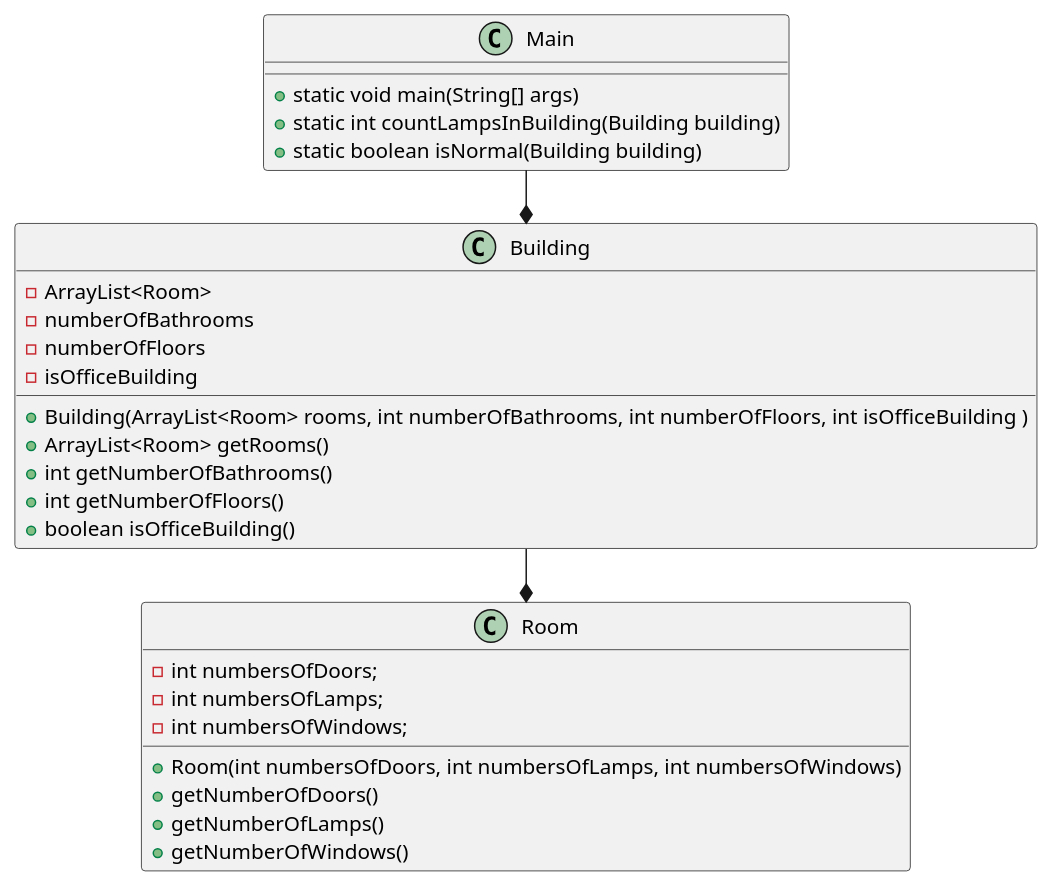
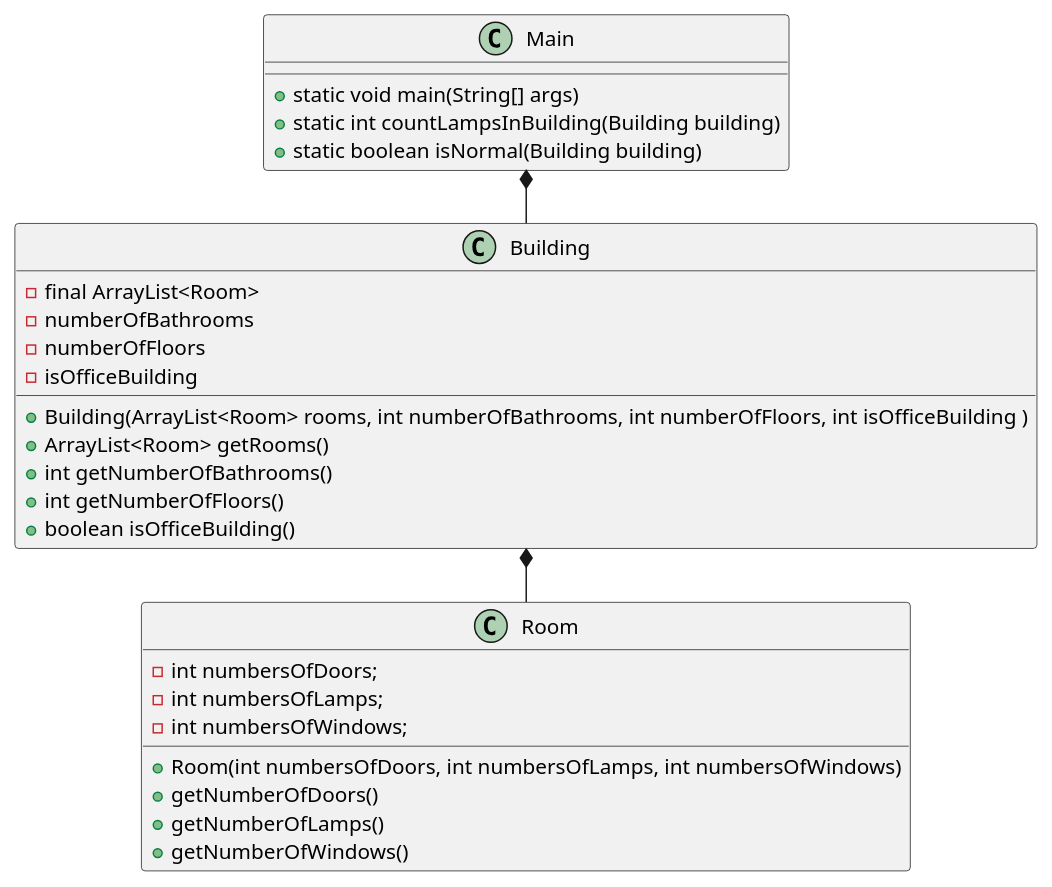
The diagram in src/Documentation/BuildingsAndRooms.puml (snadering/Torsdagsopgaver5), drawn with PlantUML before and after one commit. The commit also changed 13 other files, not shown here.

```diff
--- a/src/Documentation/BuildingsAndRooms.puml
+++ b/src/Documentation/BuildingsAndRooms.puml
@@ -1,33 +1,33 @@
 @startuml
 'https://plantuml.com/class-diagram
 !pragma layout smetana
-Main --* Building
-Building --* Room
+Main *-- Building
+Building *-- Room
 
 class Main
 Main : + static void main(String[] args)
 Main : + static int countLampsInBuilding(Building building)
 Main : + static boolean isNormal(Building building)
 
 class Room
 Room : - int numbersOfDoors;
 Room : - int numbersOfLamps;
 Room : - int numbersOfWindows;
 Room : + Room(int numbersOfDoors, int numbersOfLamps, int numbersOfWindows)
 Room : + getNumberOfDoors()
 Room : + getNumberOfLamps()
 Room : + getNumberOfWindows()
 
 class Building
-Building : - ArrayList<Room>
+Building : - final ArrayList<Room>
 Building : - numberOfBathrooms
 Building : - numberOfFloors
 Building : - isOfficeBuilding
 Building : + Building(ArrayList<Room> rooms, int numberOfBathrooms, int numberOfFloors, int isOfficeBuilding )
 Building : + ArrayList<Room> getRooms()
 Building : + int getNumberOfBathrooms()
 Building : + int getNumberOfFloors()
 Building : + boolean isOfficeBuilding()
 
 
 @enduml
```
